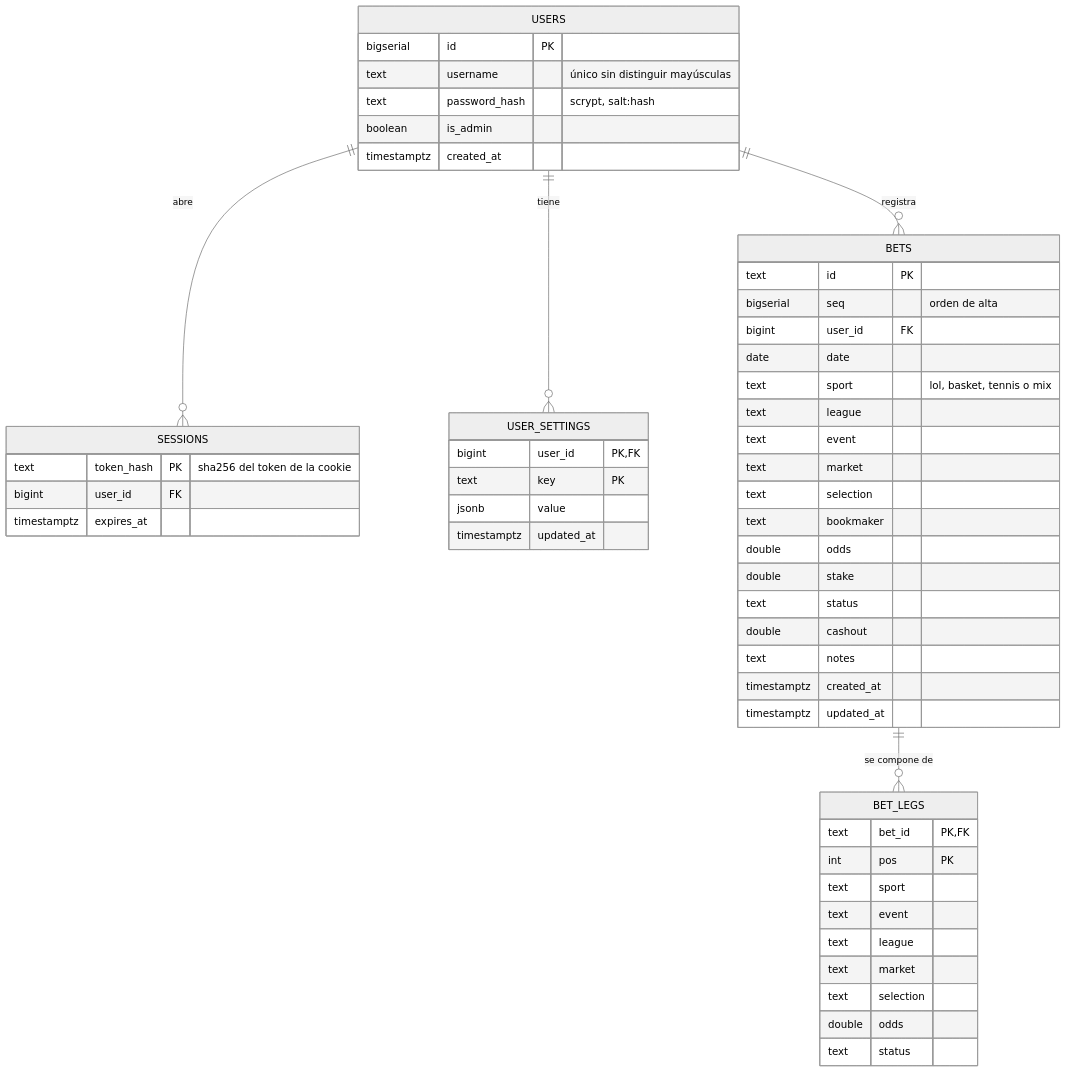
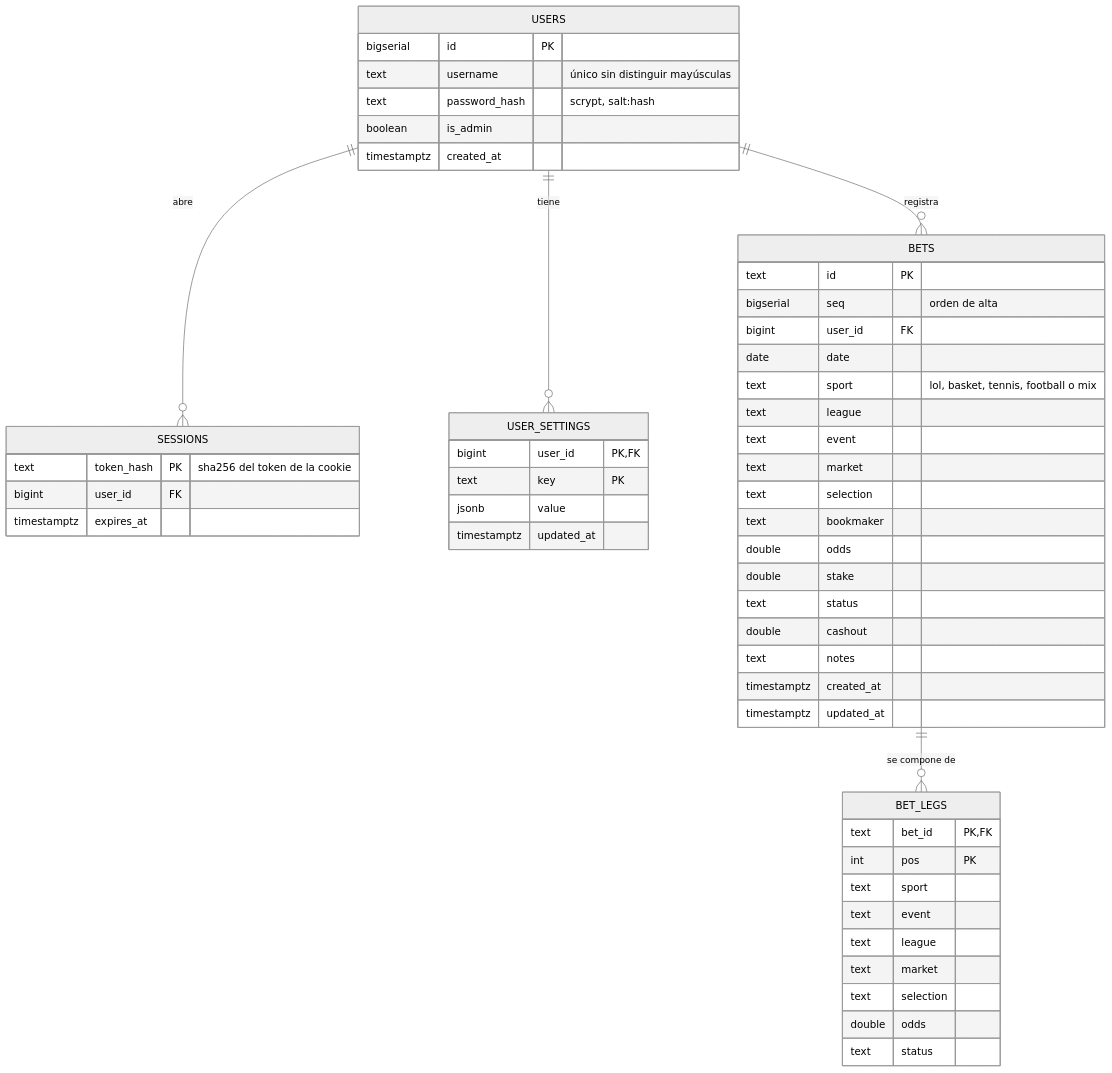
Before and after one commit to Jorodo2006/EsportsStalker: the first of 2 diagrams in docs/specs/10-base-de-datos.md, drawn with Mermaid (neutral theme). The commit also changed other lines of this file and 23 other files, not shown here.

````diff
--- a/docs/specs/10-base-de-datos.md
+++ b/docs/specs/10-base-de-datos.md
@@ -21,56 +21,56 @@
 ```mermaid
 erDiagram
     USERS ||--o{ SESSIONS : "abre"
     USERS ||--o{ USER_SETTINGS : "tiene"
     USERS ||--o{ BETS : "registra"
     BETS  ||--o{ BET_LEGS : "se compone de"
 
     USERS {
         bigserial id PK
         text username "único sin distinguir mayúsculas"
         text password_hash "scrypt, salt:hash"
         boolean is_admin
         timestamptz created_at
     }
     SESSIONS {
         text token_hash PK "sha256 del token de la cookie"
         bigint user_id FK
         timestamptz expires_at
     }
     USER_SETTINGS {
         bigint user_id PK,FK
         text key PK
         jsonb value
         timestamptz updated_at
     }
     BETS {
         text id PK
         bigserial seq "orden de alta"
         bigint user_id FK
         date date
-        text sport "lol, basket, tennis o mix"
+        text sport "lol, basket, tennis, football o mix"
         text league
         text event
         text market
         text selection
         text bookmaker
         double odds
         double stake
         text status
         double cashout
         text notes
         timestamptz created_at
         timestamptz updated_at
     }
     BET_LEGS {
         text bet_id PK,FK
         int pos PK
         text sport
         text event
         text league
         text market
         text selection
         double odds
         text status
     }
 ```
````
